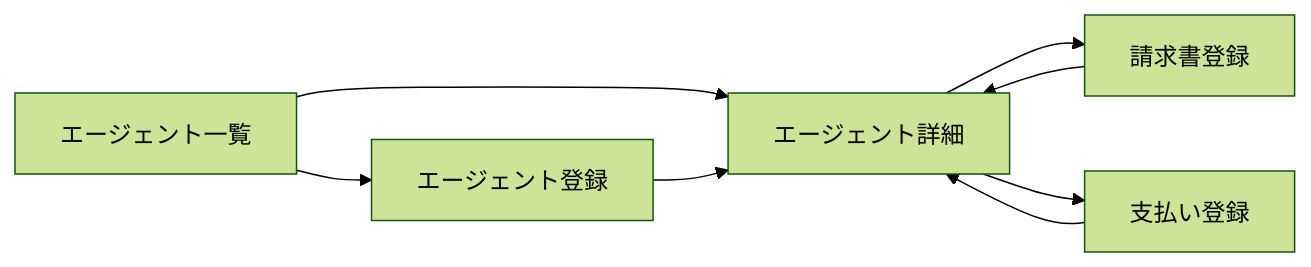
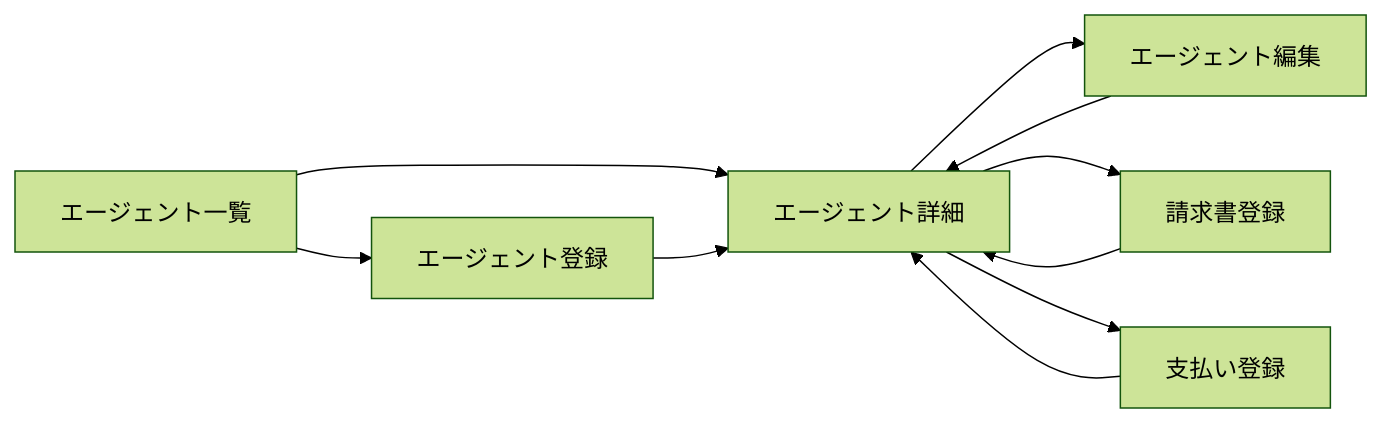
The diagram in docs/02-system-specification/07-agent-management/02-uiux.md (kincapy/joshinan-docs), drawn with Mermaid (forest theme) before and after one commit. The commit also changed other lines of this file and 21 other files, not shown here.

````diff
--- a/docs/02-system-specification/07-agent-management/02-uiux.md
+++ b/docs/02-system-specification/07-agent-management/02-uiux.md
@@ -21,10 +22,12 @@
 ```mermaid
 graph LR
     A[エージェント一覧] --> B[エージェント詳細]
     A --> C[エージェント登録]
+    B --> F[エージェント編集]
     B --> D[請求書登録]
     B --> E[支払い登録]
     C --> B
+    F --> B
     D --> B
     E --> B
 ```
````
